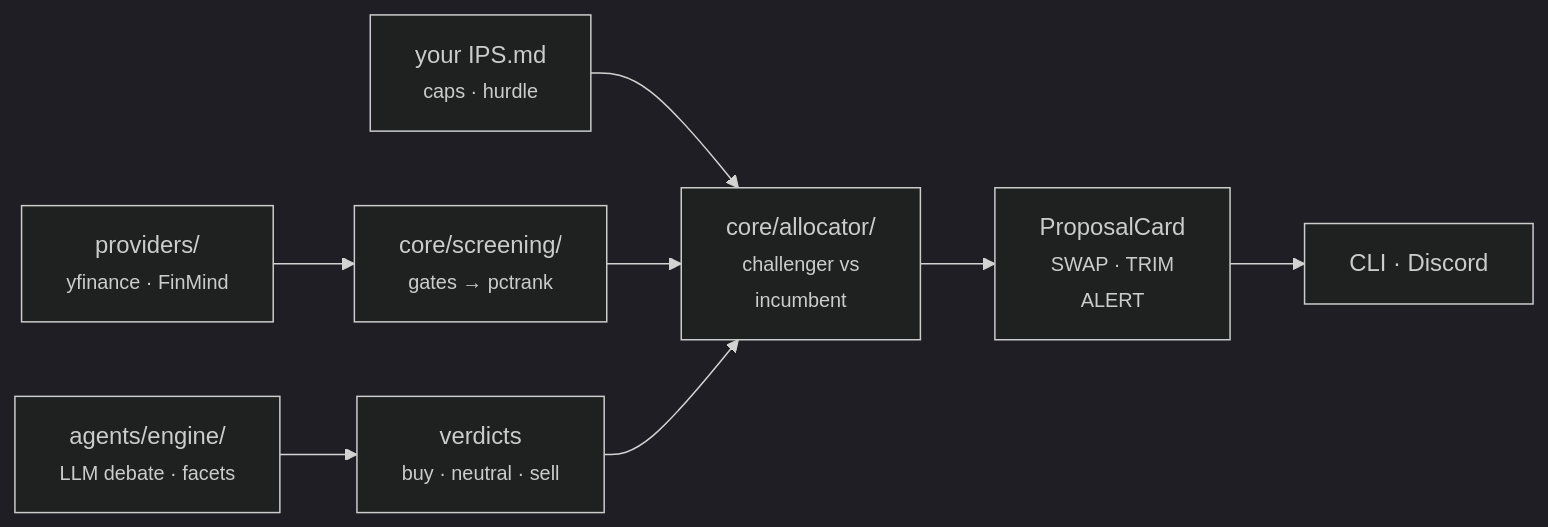
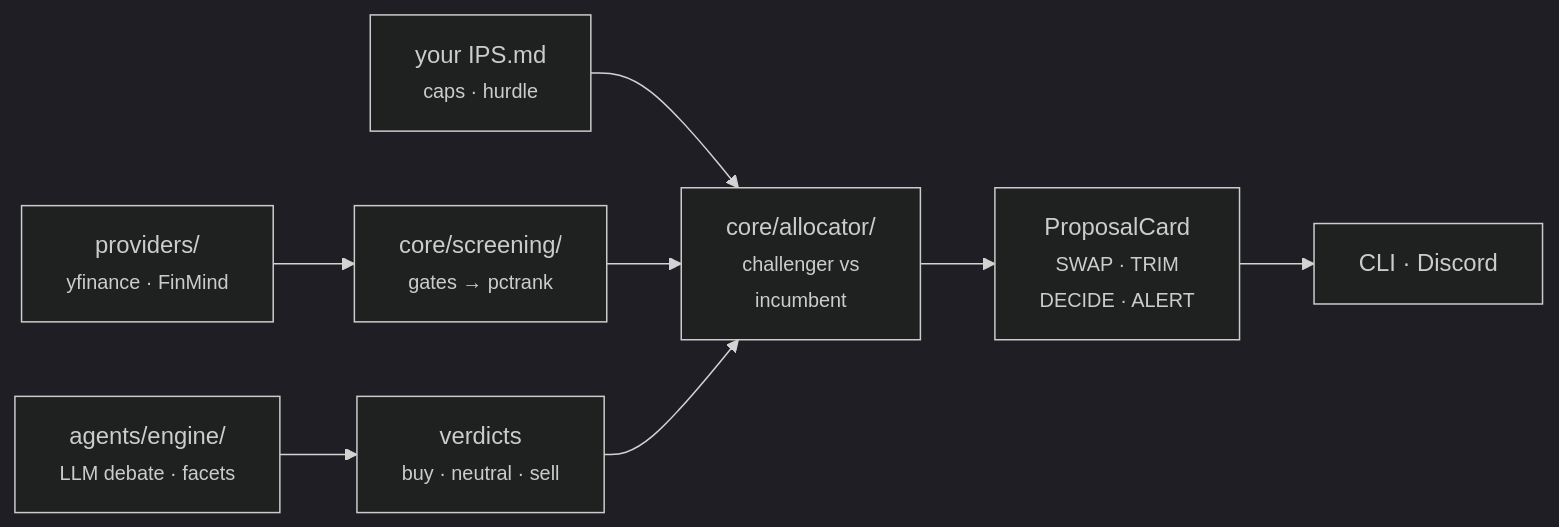
Before and after one commit to HaoweiChan/kuroshio: the diagram in README.md, drawn with Mermaid (dark theme). The commit also changed other lines of this file and 24 other files, not shown here.

````diff
--- a/README.md
+++ b/README.md
@@ -100,10 +103,10 @@
 ```mermaid
 flowchart LR
     P["providers/<br/><small>yfinance · FinMind</small>"] --> S["core/screening/<br/><small>gates → pctrank</small>"]
     A["agents/engine/<br/><small>LLM debate · facets</small>"] --> V["verdicts<br/><small>buy · neutral · sell</small>"]
     I["your IPS.md<br/><small>caps · hurdle</small>"] --> AL
     S --> AL["core/allocator/<br/><small>challenger vs<br/>incumbent</small>"]
     V --> AL
-    AL --> C["ProposalCard<br/><small>SWAP · TRIM<br/>ALERT</small>"]
+    AL --> C["ProposalCard<br/><small>SWAP · TRIM<br/>DECIDE · ALERT</small>"]
     C --> O["CLI · Discord"]
 ```
````
